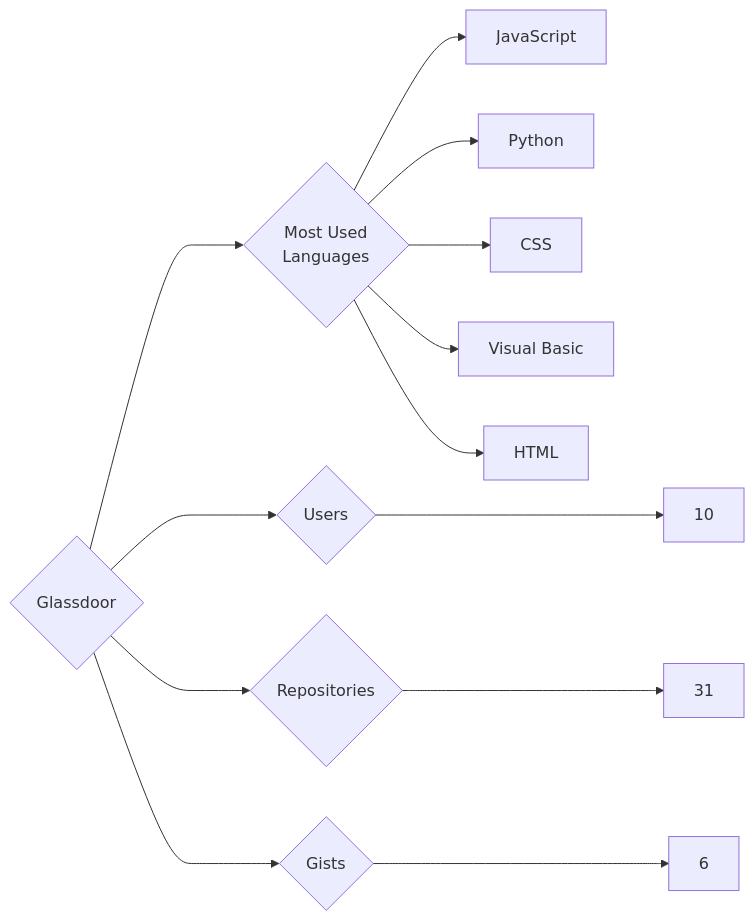
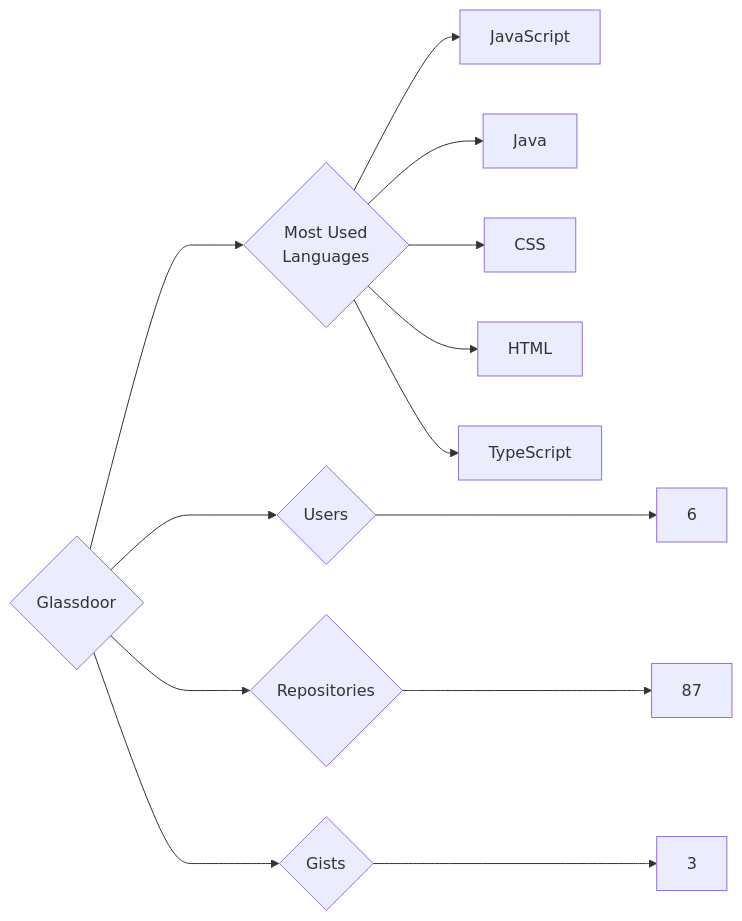
The diagram in targets/Glassdoor/README.md (trickest/insiders), drawn with Mermaid before and after one commit. The commit also changed 1175 other files, not shown here.

````diff
--- a/targets/Glassdoor/README.md
+++ b/targets/Glassdoor/README.md
@@ -3,13 +3,13 @@
 ```mermaid
 graph LR
 COMPANY_NAME{Glassdoor}
-COMPANY_NAME ---> U{Users} ---> UN[10]
-COMPANY_NAME ---> R{Repositories} ---> RN[31]
-COMPANY_NAME ---> G{Gists} ---> GN[6]
+COMPANY_NAME ---> U{Users} ---> UN[6]
+COMPANY_NAME ---> R{Repositories} ---> RN[87]
+COMPANY_NAME ---> G{Gists} ---> GN[3]
 COMPANY_NAME ---> ML{Most Used<br>Languages}
 ML --> JavaScript[JavaScript]
-ML --> Python[Python]
+ML --> Java[Java]
 ML --> CSS[CSS]
-ML --> Visual_Basic[Visual Basic]
 ML --> HTML[HTML]
+ML --> TypeScript[TypeScript]
 ```
````
